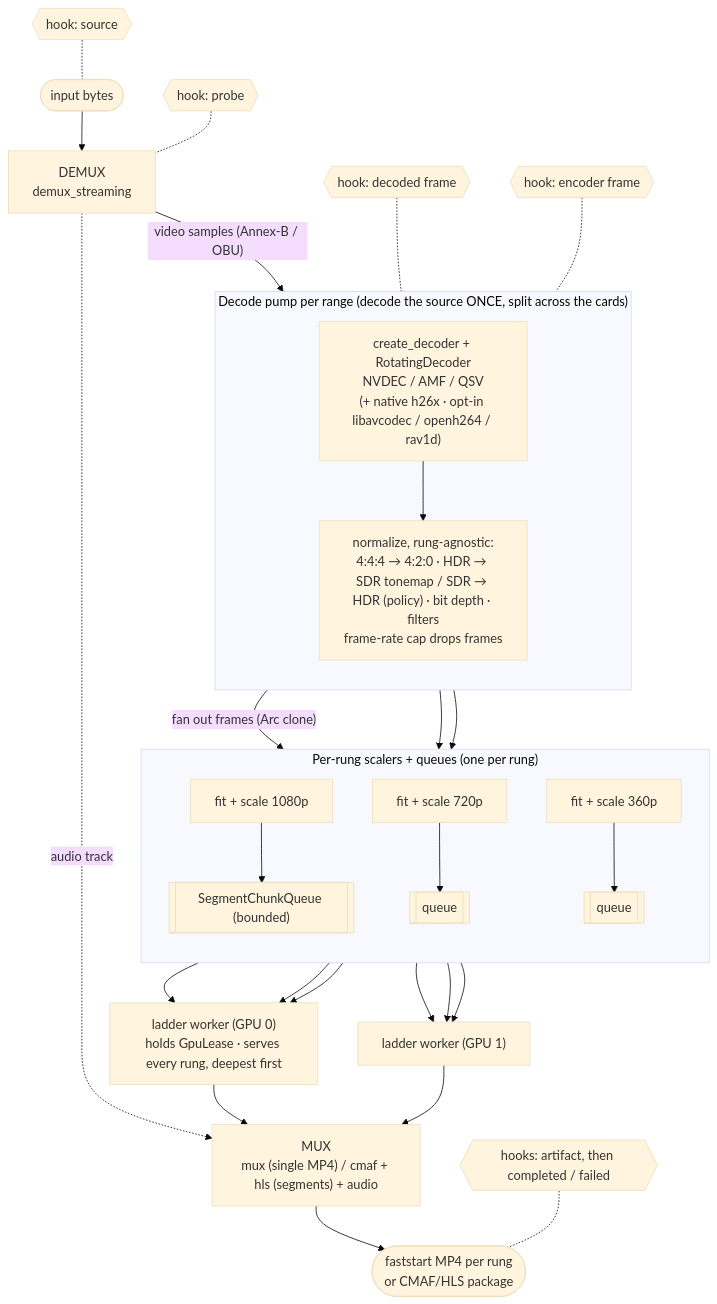
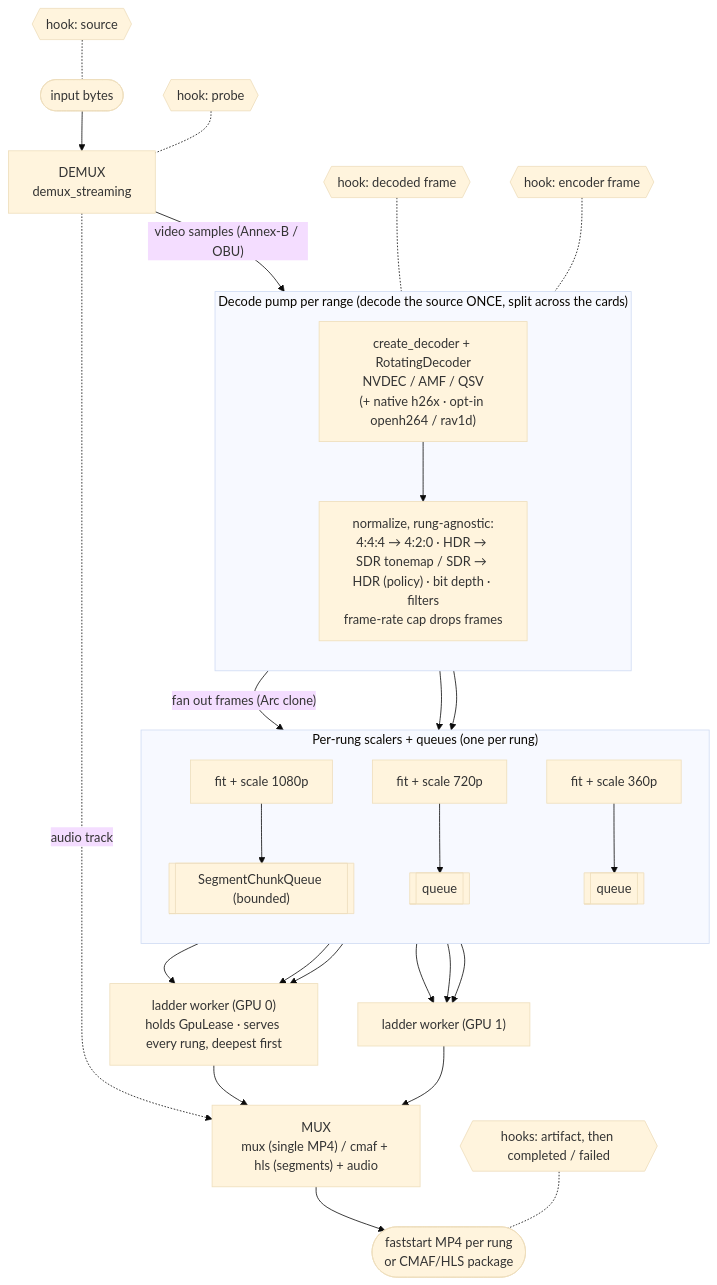
The first of 2 diagrams in docs/pipeline.md (rivet-transcoder/rivet), drawn with Mermaid (base theme) before and after one commit. The commit also changed other lines of this file and 19 other files, not shown here.

````diff
--- a/docs/pipeline.md
+++ b/docs/pipeline.md
@@ -35,42 +35,42 @@
 ```mermaid
 flowchart TD
     IN([input bytes]) --> DEMUX["DEMUX<br/>demux_streaming"]
     DEMUX -.->|audio track| MUX
     DEMUX -->|"video samples (Annex-B / OBU)"| DEC
 
     subgraph PUMP["Decode pump per range (decode the source ONCE, split across the cards)"]
         direction TB
-        DEC["create_decoder + RotatingDecoder<br/>NVDEC / AMF / QSV<br/>(+ native h26x · opt-in libavcodec / openh264 / rav1d)"]
+        DEC["create_decoder + RotatingDecoder<br/>NVDEC / AMF / QSV<br/>(+ native h26x · opt-in openh264 / rav1d)"]
         DEC --> NORM["normalize, rung-agnostic:<br/>4:4:4 → 4:2:0 · HDR → SDR tonemap / SDR → HDR (policy) · bit depth · filters<br/>frame-rate cap drops frames"]
     end
 
     NORM -->|"fan out frames (Arc clone)"| SC1
     NORM --> SC2
     NORM --> SC3
 
     subgraph SCALERS["Per-rung scalers + queues (one per rung)"]
         direction TB
         SC1["fit + scale 1080p"] --> Q1[["SegmentChunkQueue (bounded)"]]
         SC2["fit + scale 720p"] --> Q2[["queue"]]
         SC3["fit + scale 360p"] --> Q3[["queue"]]
     end
 
     Q1 --> W1["ladder worker (GPU 0)<br/>holds GpuLease · serves every rung, deepest first"]
     Q2 --> W1
     Q3 --> W1
     Q1 --> W2["ladder worker (GPU 1)"]
     Q2 --> W2
     Q3 --> W2
 
     W1 --> MUX
     W2 --> MUX
 
     MUX["MUX<br/>mux (single MP4) / cmaf + hls (segments) + audio"]
     MUX --> OUT([faststart MP4 per rung<br/>or CMAF/HLS package])
 
     HS{{"hook: source"}} -.- IN
     HP{{"hook: probe"}} -.- DEMUX
     HD{{"hook: decoded frame"}} -.- DEC
     HE{{"hook: encoder frame"}} -.- NORM
     HA{{"hooks: artifact, then completed / failed"}} -.- OUT
 ```
````
